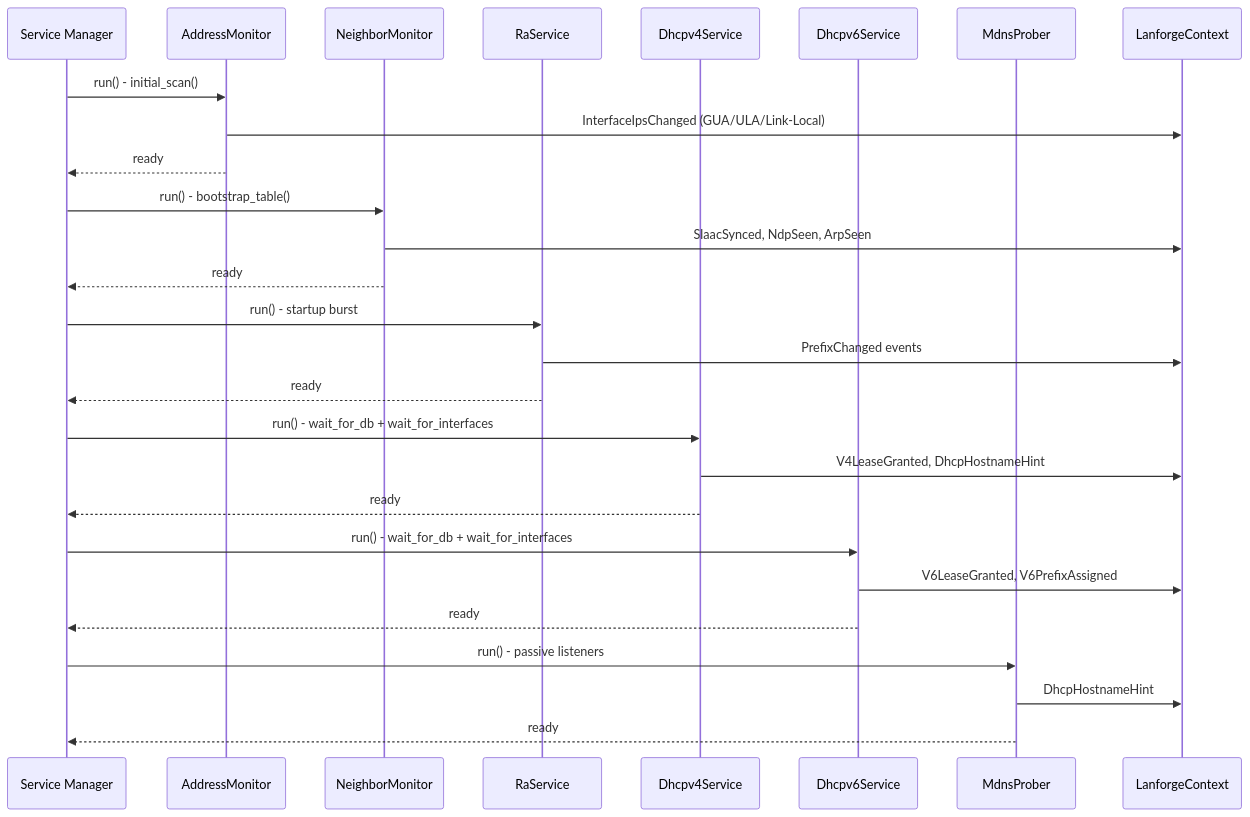
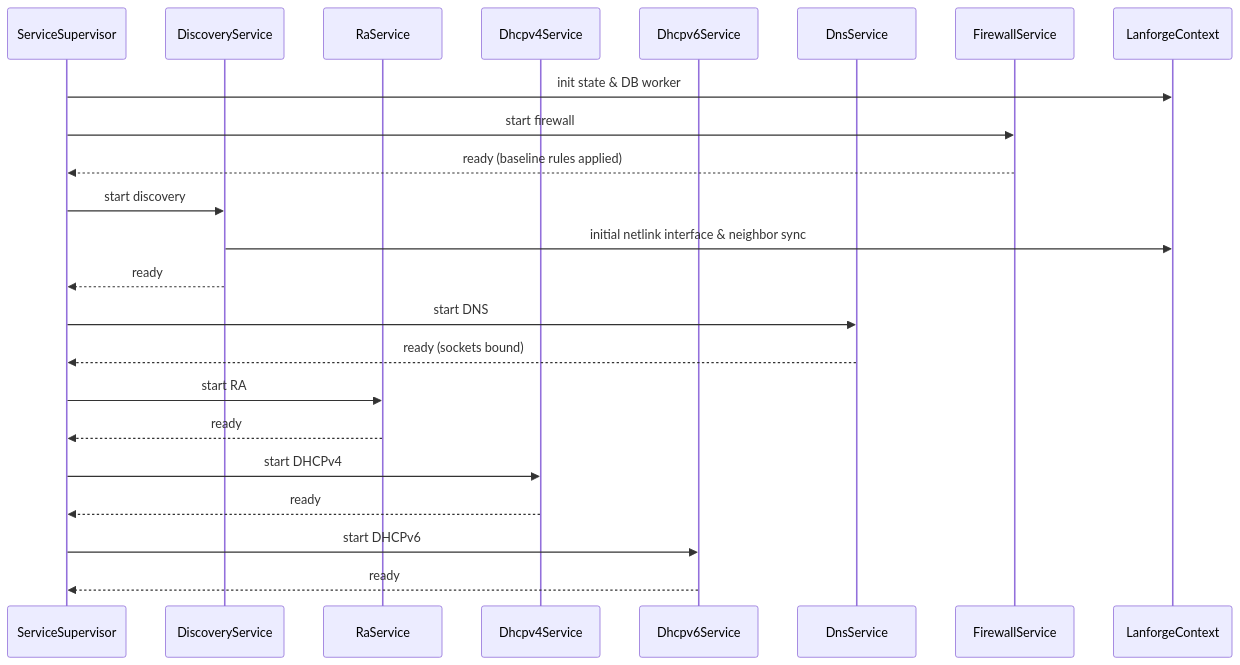
Before and after one commit to FerrahWolfeh/lanforge: the second of 5 diagrams in docs/NETWORKING_ARCH.md, drawn with Mermaid. The commit also changed other lines of this file and 15 other files, not shown here.

First line of the commit message:
docs: modernize architecture, overhaul README, and prepare repo for GitHub

````diff
--- a/docs/NETWORKING_ARCH.md
+++ b/docs/NETWORKING_ARCH.md
@@ -99,35 +87,26 @@
 ```mermaid
 sequenceDiagram
-    participant MGR as Service Manager
-    participant IF as AddressMonitor
-    participant NDP as NeighborMonitor
+    participant SUP as ServiceSupervisor
+    participant DISC as DiscoveryService
     participant RA as RaService
     participant D4 as Dhcpv4Service
     participant D6 as Dhcpv6Service
-    participant MDNS as MdnsProber
+    participant DNS as DnsService
+    participant NFT as FirewallService
     participant CTX as LanforgeContext
 
-    MGR->>IF: run() - initial_scan()
-    IF->>CTX: InterfaceIpsChanged (GUA/ULA/Link-Local)
-    IF-->>MGR: ready
-
-    MGR->>NDP: run() - bootstrap_table()
-    NDP->>CTX: SlaacSynced, NdpSeen, ArpSeen
-    NDP-->>MGR: ready
-
-    MGR->>RA: run() - startup burst
-    RA->>CTX: PrefixChanged events
-    RA-->>MGR: ready
-
-    MGR->>D4: run() - wait_for_db + wait_for_interfaces
-    D4->>CTX: V4LeaseGranted, DhcpHostnameHint
-    D4-->>MGR: ready
-
-    MGR->>D6: run() - wait_for_db + wait_for_interfaces
-    D6->>CTX: V6LeaseGranted, V6PrefixAssigned
-    D6-->>MGR: ready
-
-    MGR->>MDNS: run() - passive listeners
-    MDNS->>CTX: DhcpHostnameHint
-    MDNS-->>MGR: ready
+    SUP->>CTX: init state & DB worker
+    SUP->>NFT: start firewall
+    NFT-->>SUP: ready (baseline rules applied)
+    SUP->>DISC: start discovery
+    DISC->>CTX: initial netlink interface & neighbor sync
+    DISC-->>SUP: ready
+    SUP->>DNS: start DNS
+    DNS-->>SUP: ready (sockets bound)
+    SUP->>RA: start RA
+    RA-->>SUP: ready
+    SUP->>D4: start DHCPv4
+    D4-->>SUP: ready
+    SUP->>D6: start DHCPv6
+    D6-->>SUP: ready
 ```
````
